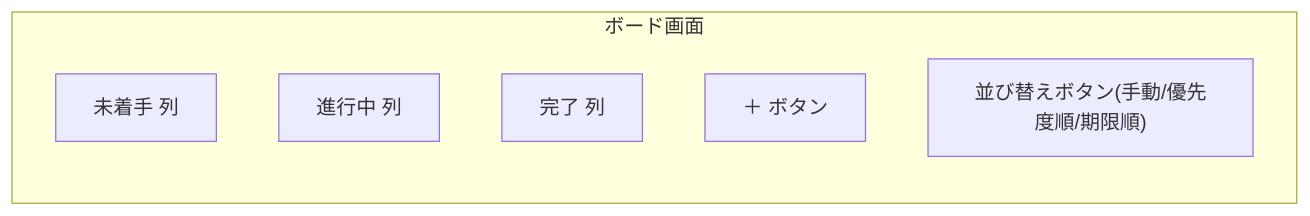
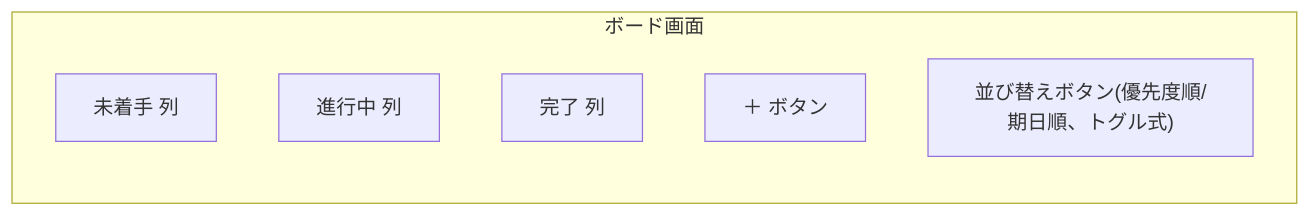
The first of 2 diagrams in docs/screens.md (jobsaida2020-arch/TaskManagement), drawn with Mermaid before and after one commit. The commit also changed other lines of this file and 4 other files, not shown here.

````diff
--- a/docs/screens.md
+++ b/docs/screens.md
@@ -9,10 +9,10 @@
 ```mermaid
 flowchart LR
     subgraph Board["ボード画面"]
         Col1["未着手 列"]
         Col2["進行中 列"]
         Col3["完了 列"]
         AddBtn["＋ ボタン"]
-        SortBtn["並び替えボタン(手動/優先度順/期限順)"]
+        SortBtn["並び替えボタン(優先度順/期日順、トグル式)"]
     end
 ```
````
